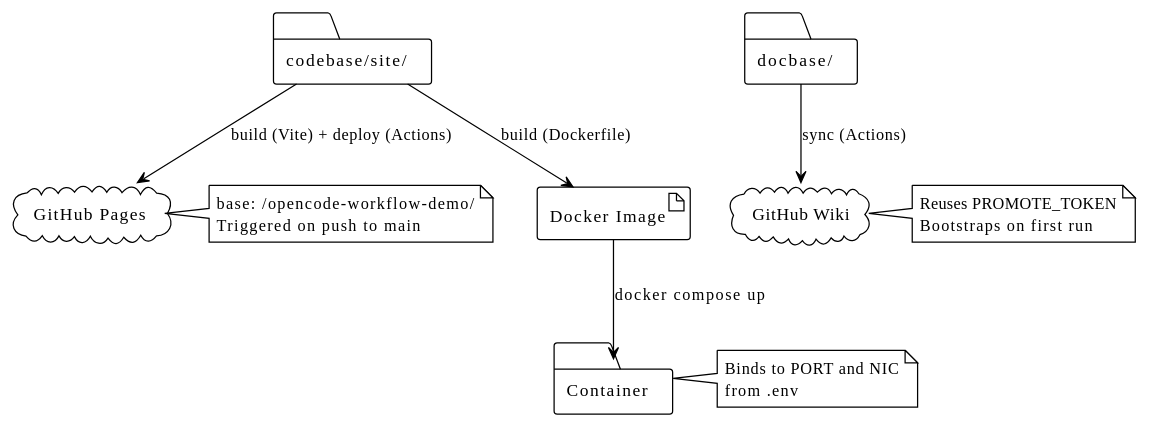
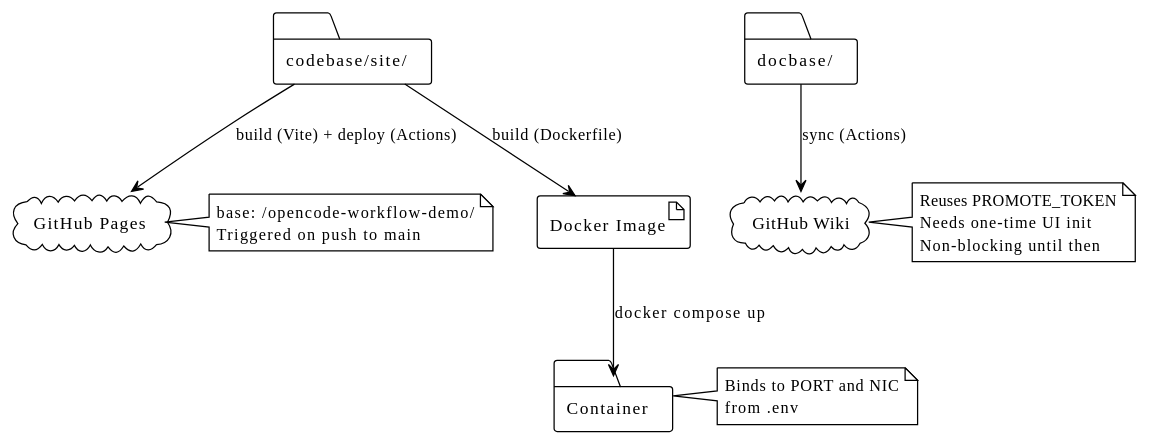
One commit to Mcc-Mak/opencode-workflow-demo changed the fourth of 4 diagrams in docbase/docs/Architecture.md. Above: the diagram before and after it, drawn with PlantUML. The commit also changed 6 other files, not shown here.

First line of the commit message:
fix: make wiki job non-blocking when wiki is not initialized (0.4.2)

````diff
--- a/docbase/docs/Architecture.md
+++ b/docbase/docs/Architecture.md
@@ -101,32 +101,33 @@
 ```plantuml
 @startuml
 !theme plain
 
 artifact "Docker Image" as image
 folder "Container" as container
 cloud "GitHub Pages" as pages
 cloud "GitHub Wiki" as wiki
 folder "codebase/site/" as source
 folder "docbase/" as docs
 
 source --> image : build (Dockerfile)
 image --> container : docker compose up
 source --> pages : build (Vite) + deploy (Actions)
 docs --> wiki : sync (Actions)
 
 note right of container
   Binds to PORT and NIC
   from .env
 end note
 
 note right of pages
   base: /opencode-workflow-demo/
   Triggered on push to main
 end note
 
 note right of wiki
   Reuses PROMOTE_TOKEN
-  Bootstraps on first run
+  Needs one-time UI init
+  Non-blocking until then
 end note
 @enduml
 ```
````
